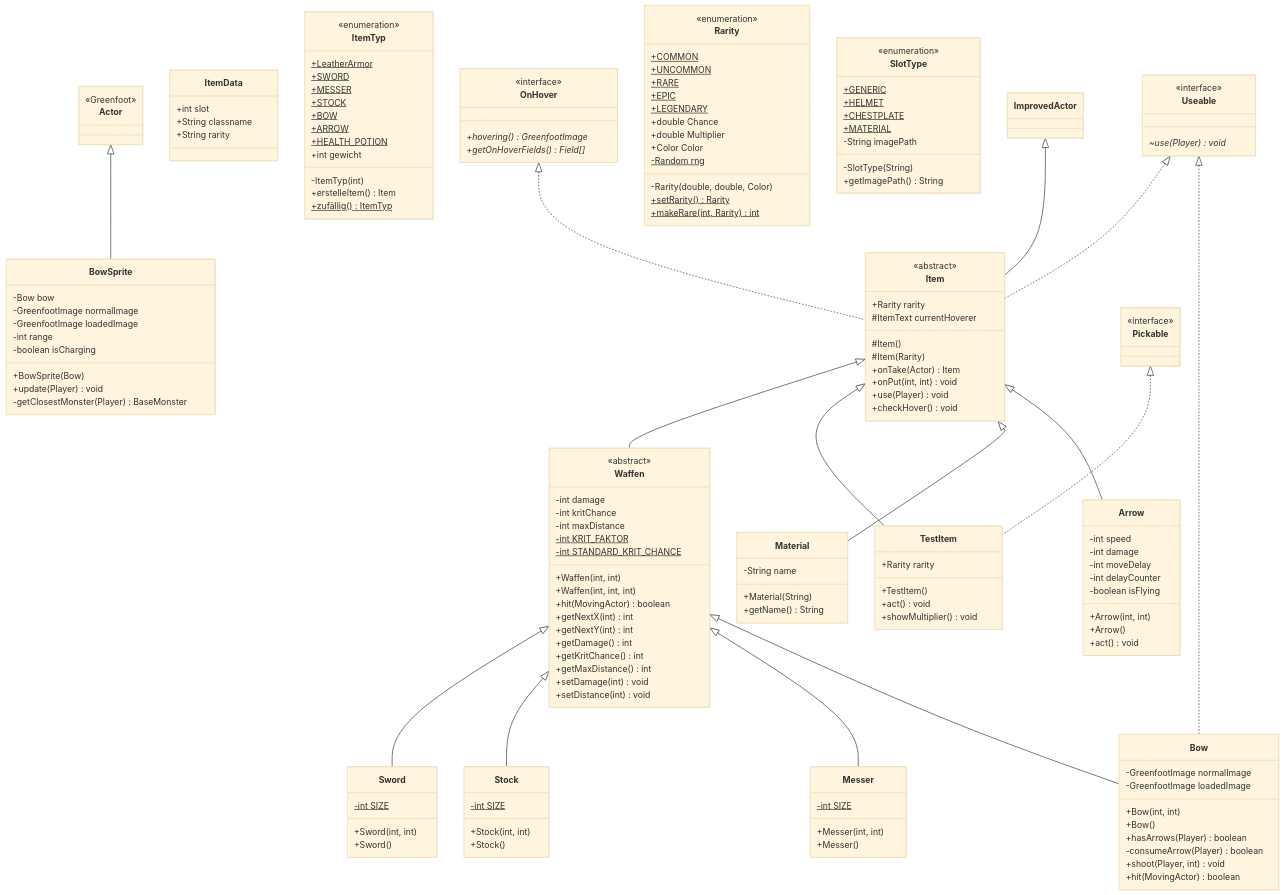
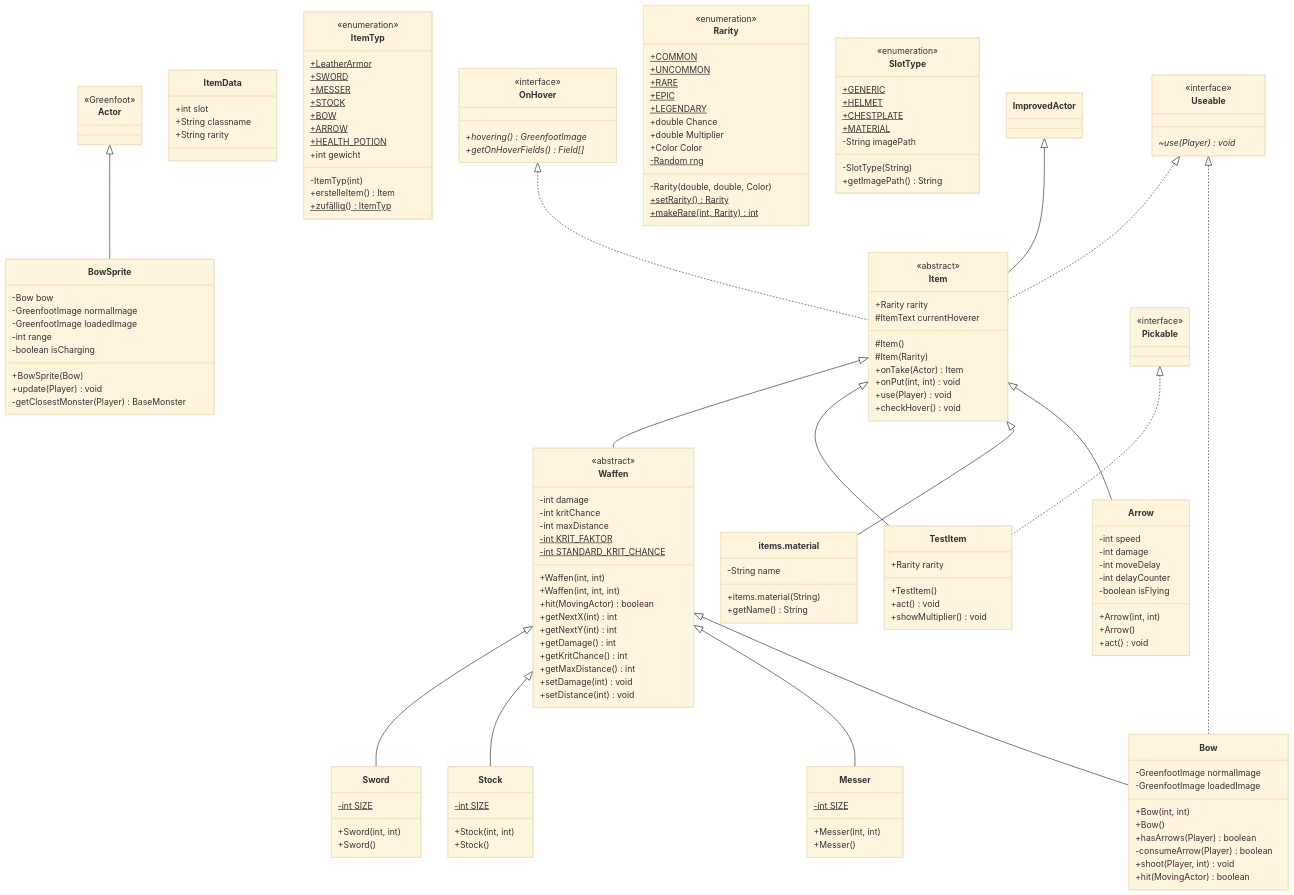
One commit to NorkelL/RPGProject changed the third of 8 diagrams in UML.md. Above: the diagram before and after it, drawn with Mermaid (base theme). The commit also changed other lines of this file and 19 other files, not shown here.

```diff
--- a/UML.md
+++ b/UML.md
@@ -466,9 +466,9 @@
         +erstelleItem() Item
         +zufällig() ItemTyp$
     }
-    class Material {
+    class items.material {
         -String name
-        +Material(String)
+        +items.material(String)
         +getName() String
     }
     class Messer {
@@ -554,7 +554,7 @@
     ImprovedActor <|-- Item
     Useable <|.. Item
     OnHover <|.. Item
-    Item <|-- Material
+    Item <|-- items.material
     Waffen <|-- Messer
     Waffen <|-- Stock
     Waffen <|-- Sword
```
